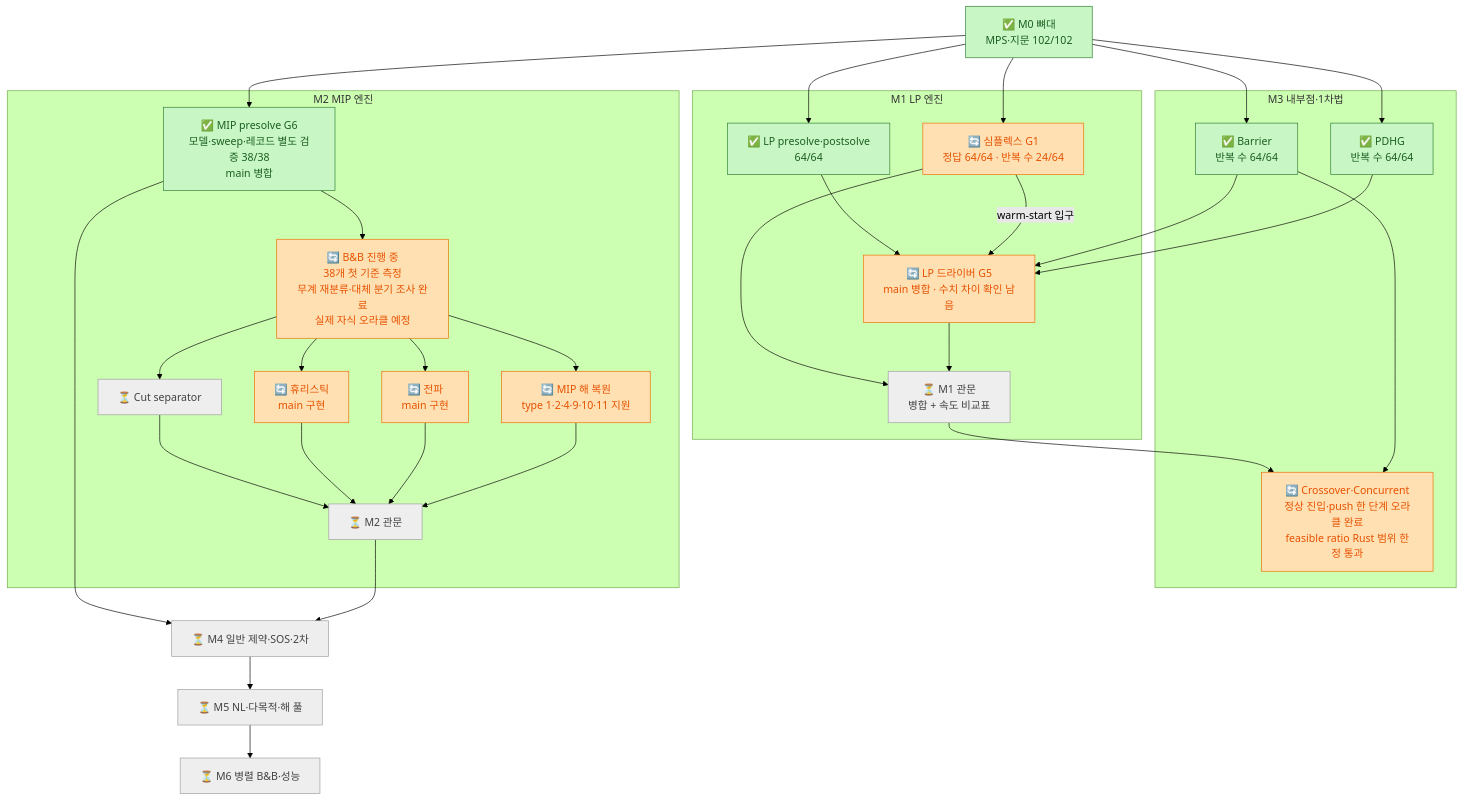
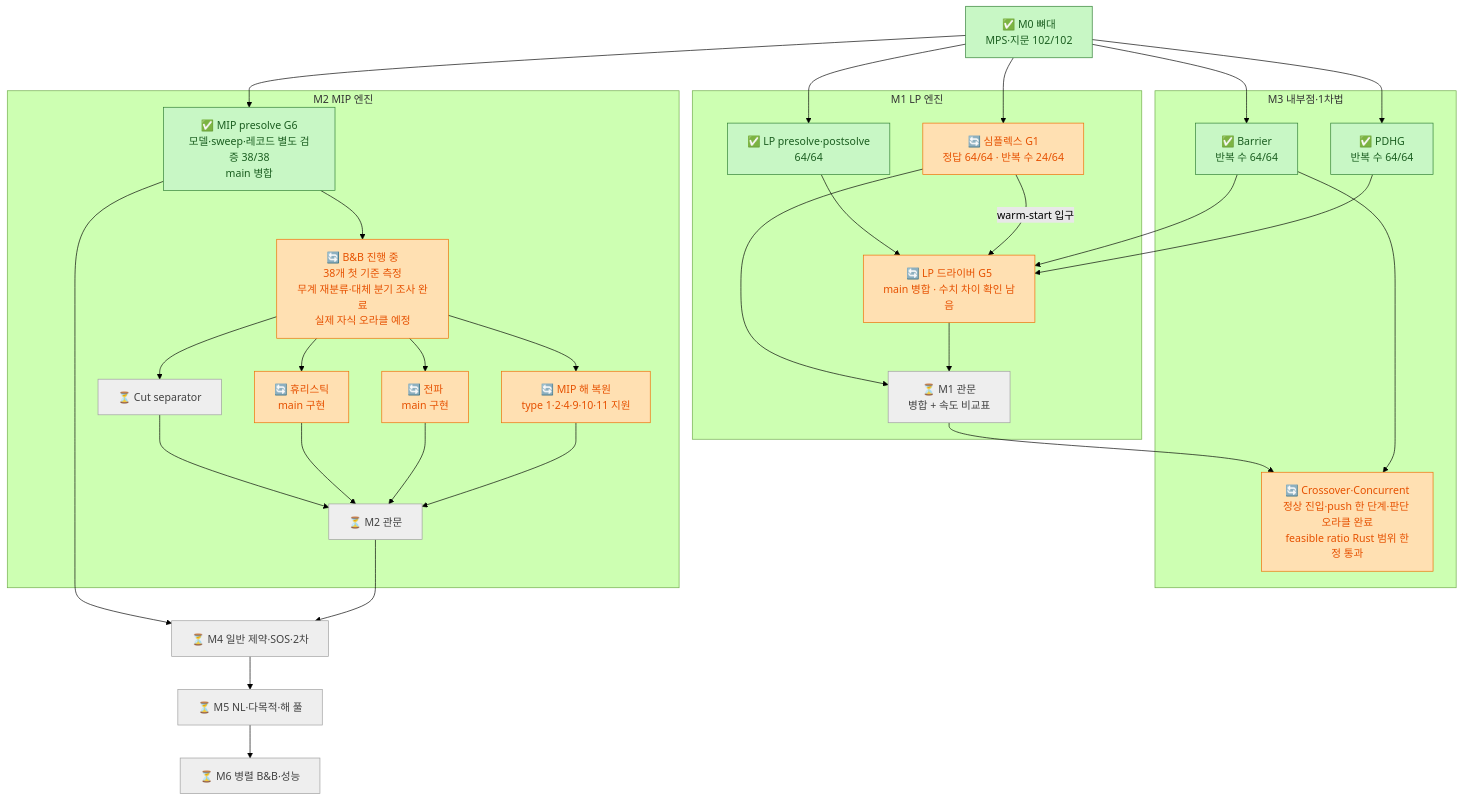
The diagram in docs/12_roadmap_diagram.md (kjh278231/kerobi), drawn with Mermaid (forest theme) before and after one commit. The commit also changed other lines of this file and 7 other files, not shown here.

````diff
--- a/docs/12_roadmap_diagram.md
+++ b/docs/12_roadmap_diagram.md
@@ -37,49 +39,49 @@
 ```mermaid
 flowchart TD
     classDef done fill:#c8f7c5,stroke:#2e7d32,color:#1b5e20
     classDef doing fill:#ffe0b2,stroke:#ef6c00,color:#e65100
     classDef pending fill:#bbdefb,stroke:#1565c0,color:#0d47a1
     classDef todo fill:#eeeeee,stroke:#9e9e9e,color:#424242
 
     M0["✅ M0 뼈대<br/>MPS·지문 102/102"]:::done
 
     subgraph M1["M1 LP 엔진"]
         PRE["✅ LP presolve·postsolve<br/>64/64"]:::done
         SPX["🔄 심플렉스 G1<br/>정답 64/64 · 반복 수 24/64"]:::doing
         DRV["🔄 LP 드라이버 G5<br/>main 병합 · 수치 차이 확인 남음"]:::doing
         GATE1["⏳ M1 관문<br/>병합 + 속도 비교표"]:::todo
     end
 
     subgraph M3["M3 내부점·1차법"]
         BAR["✅ Barrier<br/>반복 수 64/64"]:::done
         PDHG["✅ PDHG<br/>반복 수 64/64"]:::done
-        XO["🔄 Crossover·Concurrent<br/>정상 진입·push 한 단계 오라클 완료<br/>feasible ratio Rust 범위 한정 통과"]:::doing
+        XO["🔄 Crossover·Concurrent<br/>정상 진입·push 한 단계·판단 오라클 완료<br/>feasible ratio Rust 범위 한정 통과"]:::doing
     end
 
     subgraph M2["M2 MIP 엔진"]
         MPRE["✅ MIP presolve G6<br/>모델·sweep·레코드 별도 검증 38/38<br/>main 병합"]:::done
         BNB["🔄 B&B 진행 중<br/>38개 첫 기준 측정<br/>무계 재분류·대체 분기 조사 완료<br/>실제 자식 오라클 예정"]:::doing
         CUT["⏳ Cut separator"]:::todo
         HEU["🔄 휴리스틱<br/>main 구현"]:::doing
         PROP["🔄 전파<br/>main 구현"]:::doing
         POST["🔄 MIP 해 복원<br/>type 1·2·4·9·10·11 지원"]:::doing
         GATE2["⏳ M2 관문"]:::todo
     end
 
     M4["⏳ M4 일반 제약·SOS·2차"]:::todo
     M5["⏳ M5 NL·다목적·해 풀"]:::todo
     M6["⏳ M6 병렬 B&B·성능"]:::todo
 
     M0 --> PRE & SPX & BAR & PDHG & MPRE
     PRE --> DRV
     BAR & PDHG --> DRV
     SPX -- "warm-start 입구" --> DRV
     SPX & DRV --> GATE1
     GATE1 --> XO
     BAR --> XO
     MPRE --> BNB
     BNB --> CUT & HEU & PROP & POST
     CUT & HEU & PROP & POST --> GATE2
     MPRE --> M4
     GATE2 --> M4 --> M5 --> M6
 ```
````
